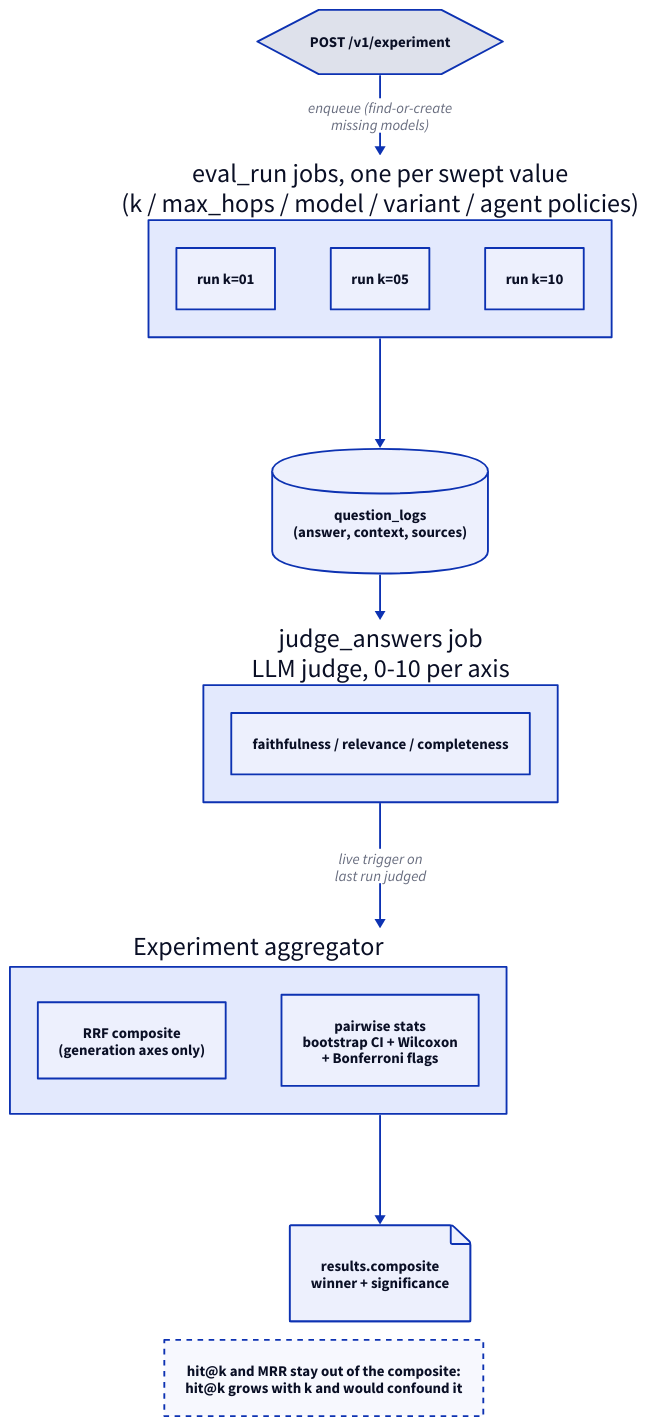
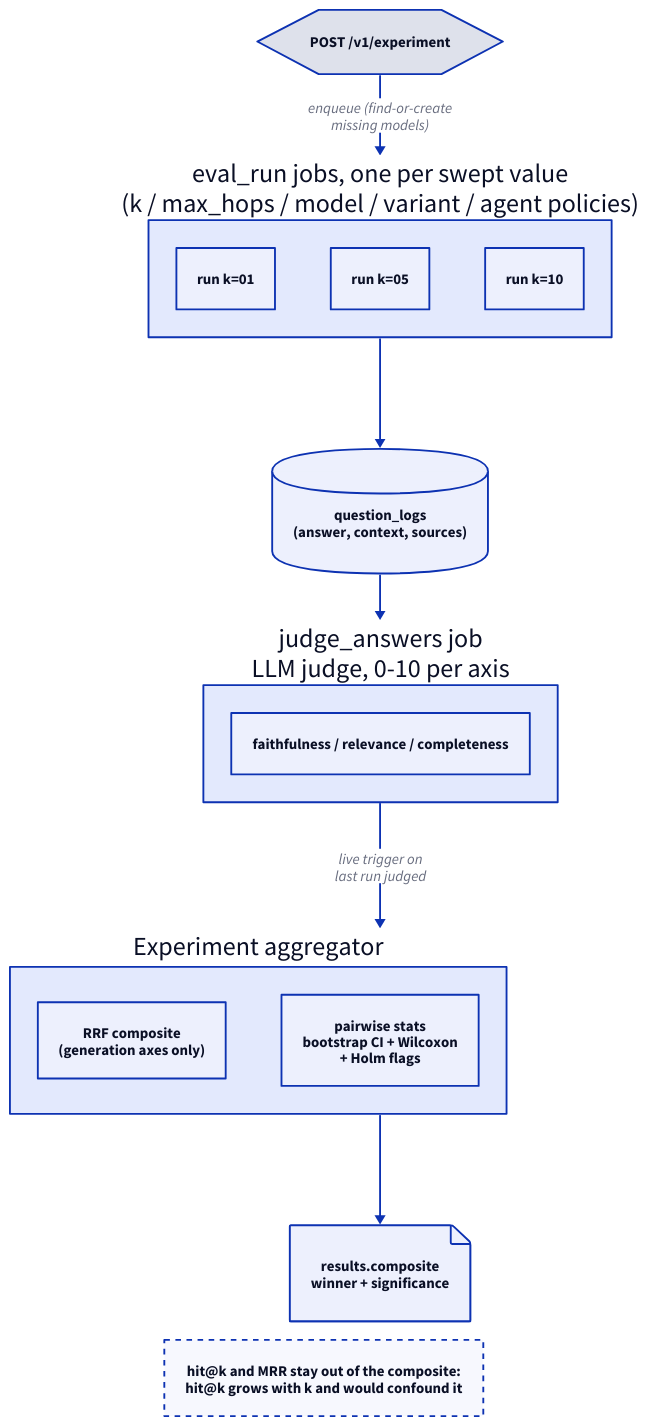
The diagram in docs/diagrams/eval_pipeline.d2 (rikitikitav1/rag-lab), drawn with D2 before and after one commit. The commit also changed 3 other files, not shown here.

```diff
--- a/docs/diagrams/eval_pipeline.d2
+++ b/docs/diagrams/eval_pipeline.d2
@@ -1,41 +1,41 @@
 direction: down
 
 exp: POST /v1/experiment {
   shape: hexagon
 }
 
 runs: "eval_run jobs, one per swept value\n(k / max_hops / model / variant / agent policies)" {
   direction: right
   r1: run k=01
   r2: run k=05
   r3: run k=10
 }
 
 logs: question_logs\n(answer, context, sources) {
   shape: cylinder
 }
 
 judge: judge_answers job\nLLM judge, 0-10 per axis {
   axes: faithfulness / relevance / completeness
 }
 
 agg: Experiment aggregator {
   direction: right
   composite: RRF composite\n(generation axes only)
-  pairwise: pairwise stats\nbootstrap CI + Wilcoxon\n+ Bonferroni flags
+  pairwise: pairwise stats\nbootstrap CI + Wilcoxon\n+ Holm flags
 }
 
 results: results.composite\nwinner + significance {
   shape: page
 }
 
 exp -> runs: enqueue (find-or-create\nmissing models)
 runs -> logs
 logs -> judge
 judge -> agg: live trigger on\nlast run judged
 agg -> results
 
 note: "hit@k and MRR stay out of the composite:\nhit@k grows with k and would confound it" {
   near: bottom-center
   style.stroke-dash: 3
 }
```
